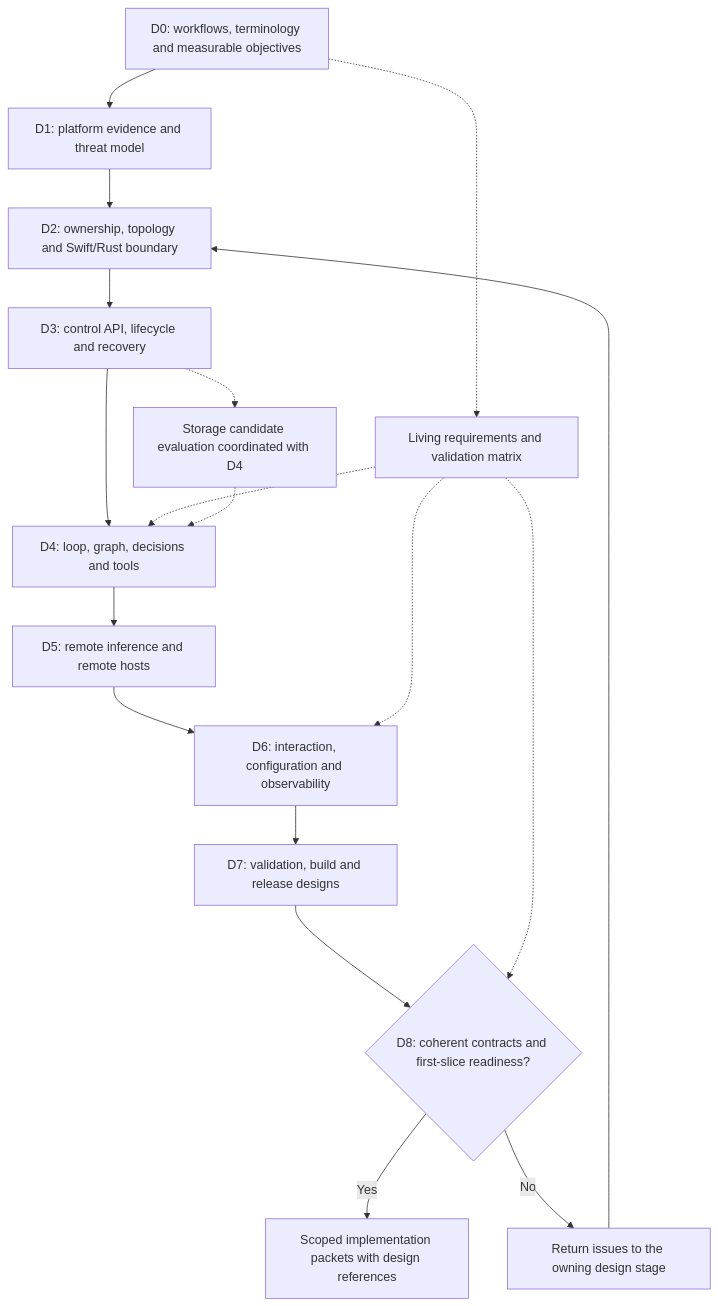
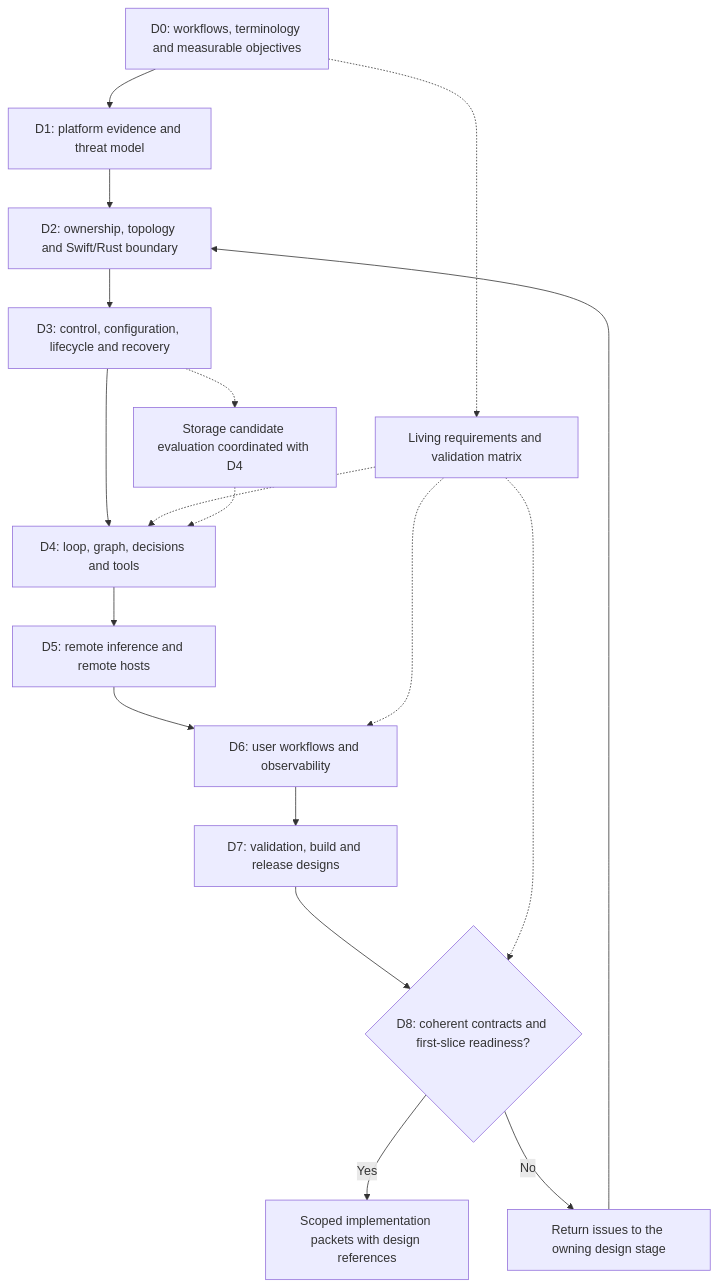
The second of 2 diagrams in docs/plans/architecture-and-design.md (pidster/asura), drawn with Mermaid before and after one commit. The commit also changed other lines of this file and 11 other files, not shown here.

Commit message:
Define per-user service and hierarchical configuration design

````diff
--- a/docs/plans/architecture-and-design.md
+++ b/docs/plans/architecture-and-design.md
@@ -172,20 +177,20 @@
 ```mermaid
 flowchart TD
     D0["D0: workflows, terminology and measurable objectives"] --> D1["D1: platform evidence and threat model"]
     D1 --> D2["D2: ownership, topology and Swift/Rust boundary"]
-    D2 --> D3["D3: control API, lifecycle and recovery"]
+    D2 --> D3["D3: control, configuration, lifecycle and recovery"]
     D3 --> D4["D4: loop, graph, decisions and tools"]
     D4 --> D5["D5: remote inference and remote hosts"]
-    D5 --> D6["D6: interaction, configuration and observability"]
+    D5 --> D6["D6: user workflows and observability"]
     D6 --> D7["D7: validation, build and release designs"]
     D7 --> D8{"D8: coherent contracts and first-slice readiness?"}
     D8 -->|Yes| Packets["Scoped implementation packets with design references"]
     D8 -->|No| Revise["Return issues to the owning design stage"]
     Revise --> D2
     D0 -.-> Matrix["Living requirements and validation matrix"]
     Matrix -.-> D4
     Matrix -.-> D6
     Matrix -.-> D8
     D3 -.-> Storage["Storage candidate evaluation coordinated with D4"]
     Storage -.-> D4
 ```
````
